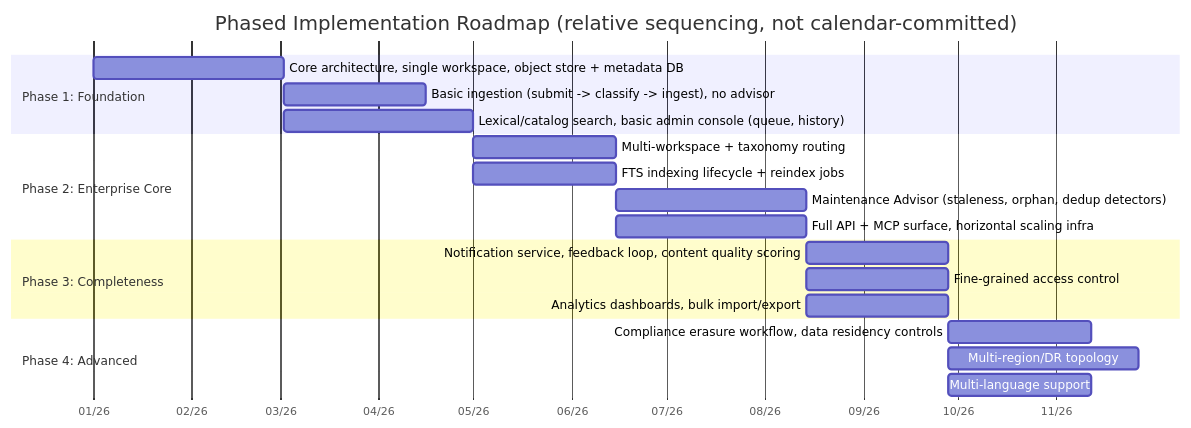
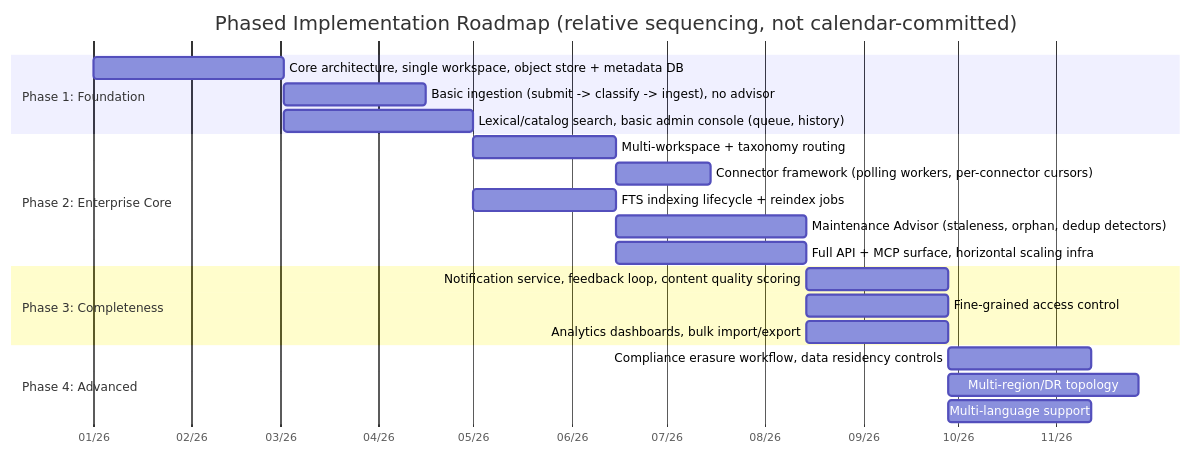
The second of 2 diagrams in spec/07-additional-features-and-roadmap.md (dpurandare/karpwiki), drawn with Mermaid before and after one commit. The commit also changed other lines of this file and 5 other files, not shown here.

````diff
--- a/spec/07-additional-features-and-roadmap.md
+++ b/spec/07-additional-features-and-roadmap.md
@@ -116,27 +116,28 @@
 ```mermaid
 gantt
     dateFormat  YYYY-MM-DD
     axisFormat  %m/%y
     title Phased Implementation Roadmap (relative sequencing, not calendar-committed)
 
     section Phase 1: Foundation
     Core architecture, single workspace, object store + metadata DB :p1a, 2026-01-01, 60d
     Basic ingestion (submit -> classify -> ingest), no advisor       :p1b, after p1a, 45d
     Lexical/catalog search, basic admin console (queue, history)      :p1c, after p1a, 60d
 
     section Phase 2: Enterprise Core
     Multi-workspace + taxonomy routing                                :p2a, after p1c, 45d
+    Connector framework (polling workers, per-connector cursors)      :p2e, after p2a, 30d
     FTS indexing lifecycle + reindex jobs                              :p2b, after p1c, 45d
     Maintenance Advisor (staleness, orphan, dedup detectors)           :p2c, after p2b, 60d
     Full API + MCP surface, horizontal scaling infra                   :p2d, after p2a, 60d
 
     section Phase 3: Completeness
     Notification service, feedback loop, content quality scoring      :p3a, after p2c, 45d
     Fine-grained access control                                        :p3b, after p2d, 45d
     Analytics dashboards, bulk import/export                           :p3c, after p2d, 45d
 
     section Phase 4: Advanced
     Compliance erasure workflow, data residency controls               :p4a, after p3b, 45d
     Multi-region/DR topology                                           :p4b, after p3c, 60d
     Multi-language support                                             :p4c, after p3a, 45d
 ```
````
